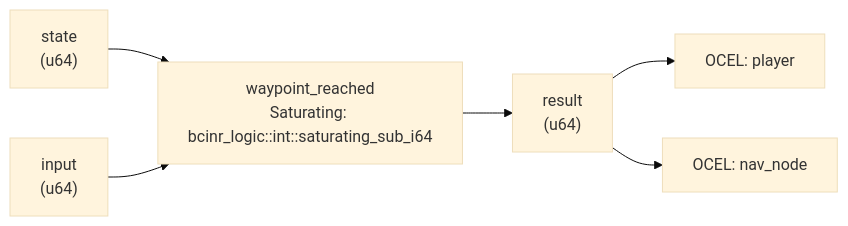
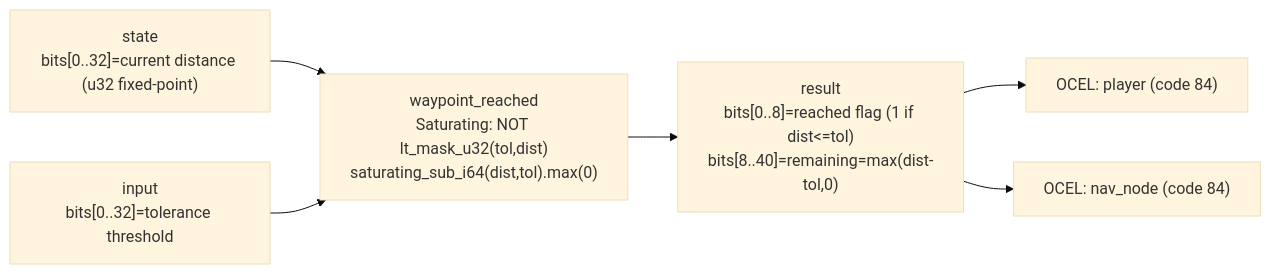
Before and after one commit to seanchatmangpt/bcinr: the diagram in crates/wasm4games/docs/patterns/waypoint_reached.md, drawn with Mermaid (base theme). The commit also changed other lines of this file and 20 other files, not shown here.

````diff
--- a/crates/wasm4games/docs/patterns/waypoint_reached.md
+++ b/crates/wasm4games/docs/patterns/waypoint_reached.md
@@ -56,14 +38,14 @@
 ```mermaid
 graph LR
-    state["state\n(u64)"]
-    input["input\n(u64)"]
-    kernel["waypoint_reached\nSaturating: bcinr_logic::int::saturating_sub_i64"]
-    result["result\n(u64)"]
+    state["state\nbits[0..32]=current distance (u32 fixed-point)"]
+    input["input\nbits[0..32]=tolerance threshold"]
+    kernel["waypoint_reached\nSaturating: NOT lt_mask_u32(tol,dist)\nsaturating_sub_i64(dist,tol).max(0)"]
+    result["result\nbits[0..8]=reached flag (1 if dist<=tol)\nbits[8..40]=remaining=max(dist-tol,0)"]
     state --> kernel
     input --> kernel
     kernel --> result
-    ocel_0["OCEL: player"]
+    ocel_0["OCEL: player (code 84)"]
     result --> ocel_0
-    ocel_1["OCEL: nav_node"]
+    ocel_1["OCEL: nav_node (code 84)"]
     result --> ocel_1
 ```
````
